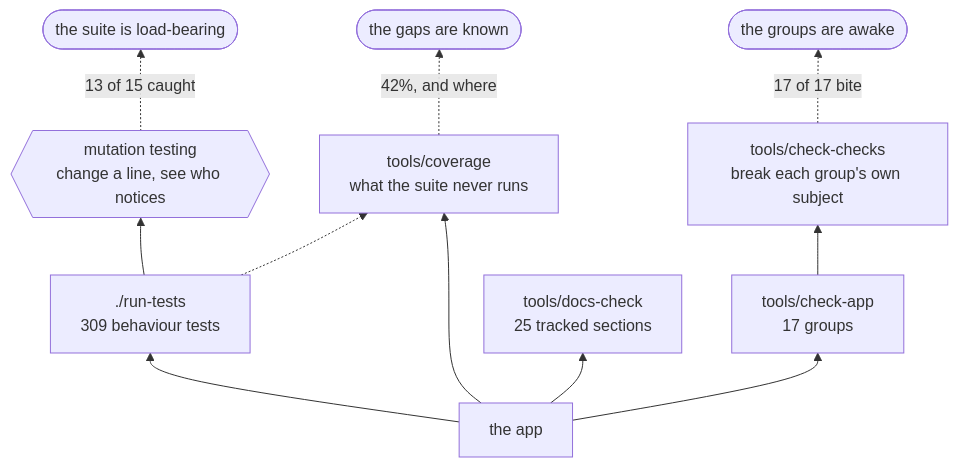
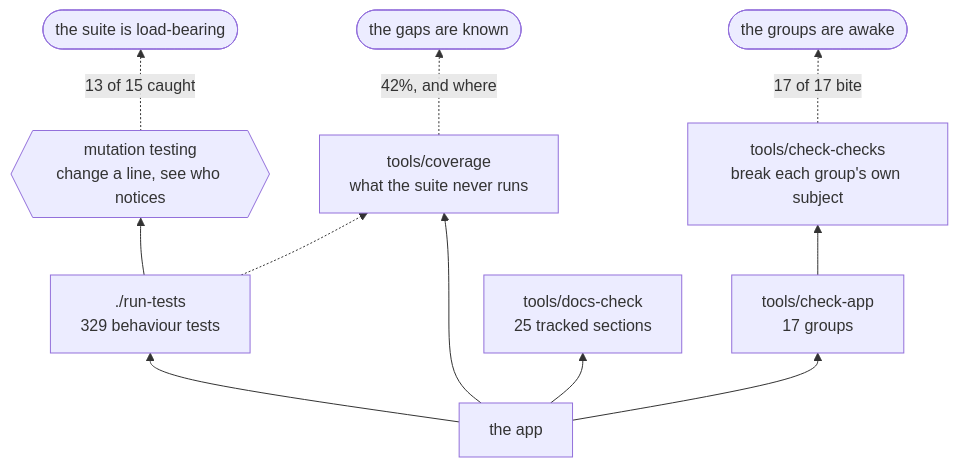
One commit to minormending/crystal-pilot-mobile changed the second of 2 diagrams in docs/DEVELOPING.md. Above: the diagram before and after it, drawn with Mermaid. The commit also changed 9 other files, not shown here.

````diff
--- a/docs/DEVELOPING.md
+++ b/docs/DEVELOPING.md
@@ -118,13 +118,13 @@
 ```mermaid
 flowchart BT
-    C["the app"] --> T["./run-tests<br/>309 behaviour tests"]
+    C["the app"] --> T["./run-tests<br/>329 behaviour tests"]
     C --> A["tools/check-app<br/>17 groups"]
     C --> D["tools/docs-check<br/>25 tracked sections"]
     C --> V["tools/coverage<br/>what the suite never runs"]
     T --> M{{"mutation testing<br/>change a line, see who notices"}}
     A --> K["tools/check-checks<br/>break each group's own subject"]
     T -.-> V
     M -.->|"13 of 15 caught"| R(["the suite is load-bearing"])
     K -.->|"17 of 17 bite"| R2(["the groups are awake"])
     V -.->|"42%, and where"| R3(["the gaps are known"])
 ```
````
